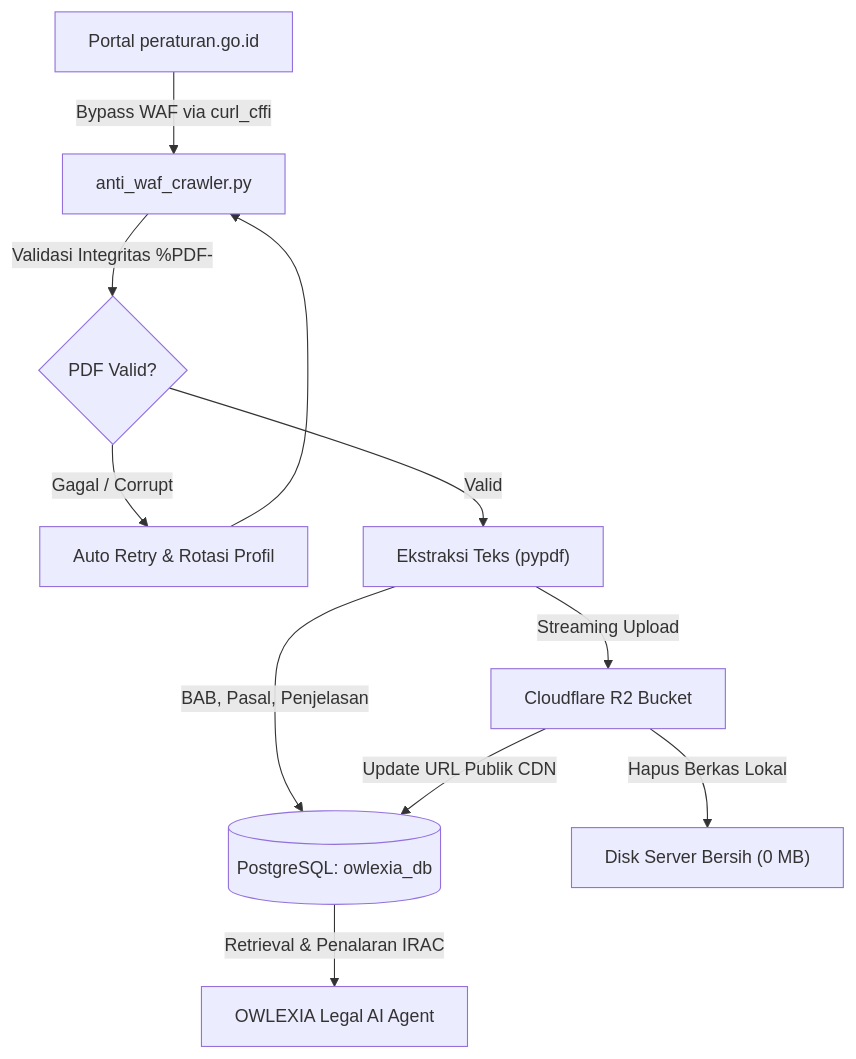
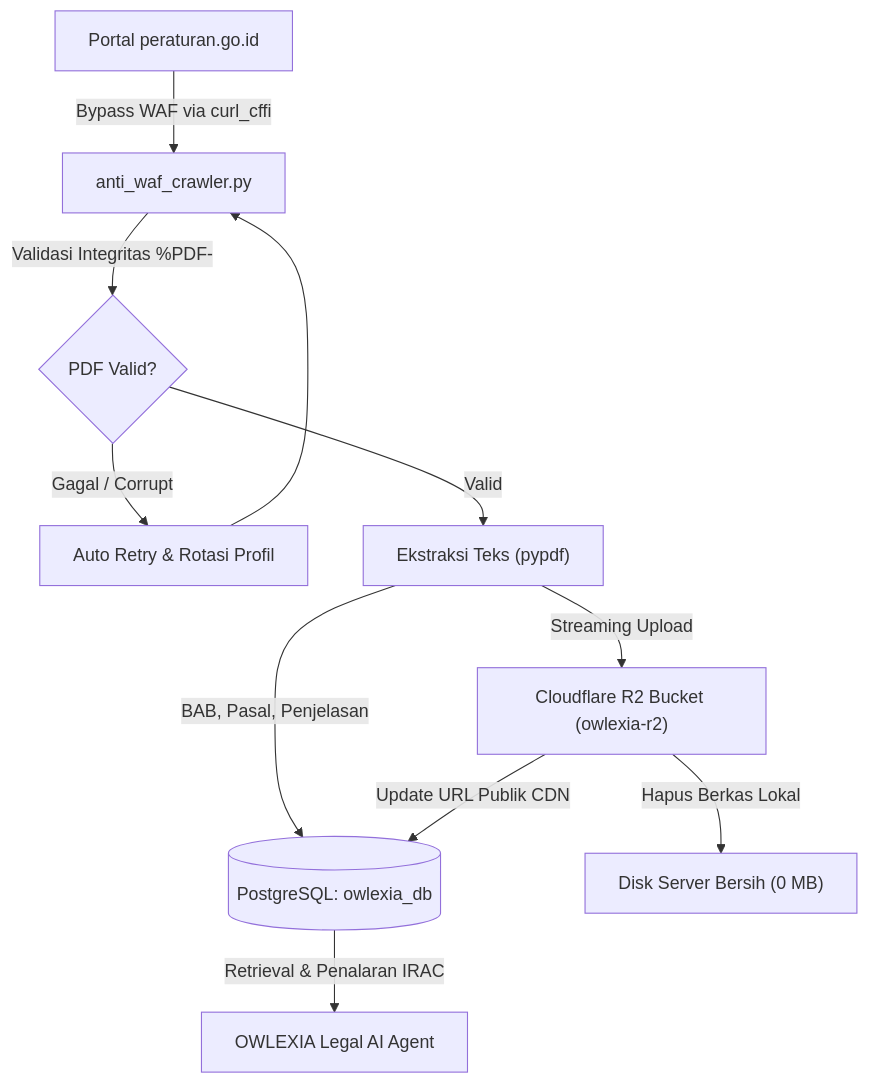
One commit to aryarifki/O-Crawler changed the diagram in README.md. Above: the diagram before and after it, drawn with Mermaid. The commit also changed other lines of this file and 1 other file, not shown here.

````diff
--- a/README.md
+++ b/README.md
@@ -25,13 +32,13 @@
 ```mermaid
 flowchart TD
     A["Portal peraturan.go.id"] -->|Bypass WAF via curl_cffi| B["anti_waf_crawler.py"]
     B -->|Validasi Integritas %PDF-| C{"PDF Valid?"}
     C -->|Gagal / Corrupt| D["Auto Retry & Rotasi Profil"]
     D --> B
     C -->|Valid| E["Ekstraksi Teks (pypdf)"]
     E -->|BAB, Pasal, Penjelasan| F[("PostgreSQL: owlexia_db")]
-    E -->|Streaming Upload| G["Cloudflare R2 Bucket"]
+    E -->|Streaming Upload| G["Cloudflare R2 Bucket (owlexia-r2)"]
     G -->|Update URL Publik CDN| F
     G -->|Hapus Berkas Lokal| H["Disk Server Bersih (0 MB)"]
     F -->|Retrieval & Penalaran IRAC| I["OWLEXIA Legal AI Agent"]
 ```
````
